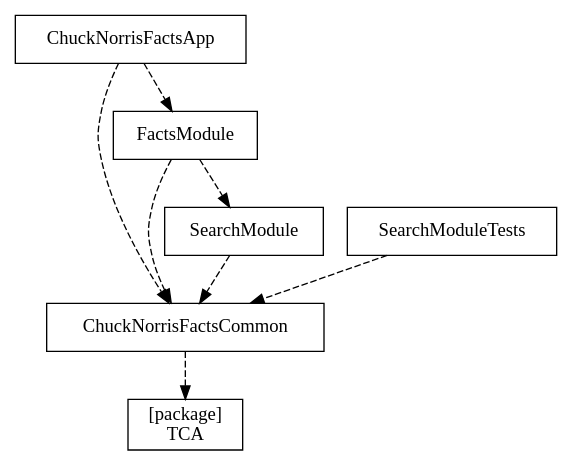
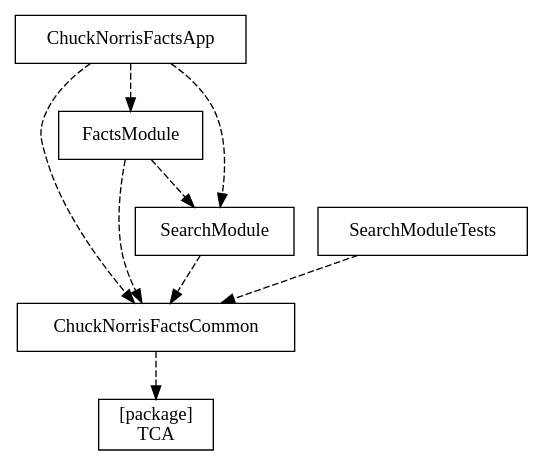
The diagram in Graph.dot (EvandroViva/ChuckNorrisProject), drawn with Graphviz before and after one commit. The commit also changed 7 other files, not shown here.

```diff
--- a/Graph.dot
+++ b/Graph.dot
@@ -1,23 +1,26 @@
 digraph {
   ChuckNorrisFactsApp [shape=box]
   ChuckNorrisFactsCommon [label=ChuckNorrisFactsCommon shape=box]
   ChuckNorrisFactsApp [shape=box]
   FactsModule [label=FactsModule shape=box]
+  ChuckNorrisFactsApp [shape=box]
+  SearchModule [label=SearchModule shape=box]
   ChuckNorrisFactsCommon [shape=box]
   TCA [label="[package]\nTCA" shape=box]
   FactsModule [shape=box]
   SearchModule [label=SearchModule shape=box]
   FactsModule [shape=box]
   ChuckNorrisFactsCommon [label=ChuckNorrisFactsCommon shape=box]
   SearchModule [shape=box]
   ChuckNorrisFactsCommon [label=ChuckNorrisFactsCommon shape=box]
   SearchModuleTests [shape=box]
   ChuckNorrisFactsCommon [label=ChuckNorrisFactsCommon shape=box]
   ChuckNorrisFactsApp -> ChuckNorrisFactsCommon [style=dashed]
   ChuckNorrisFactsApp -> FactsModule [style=dashed]
+  ChuckNorrisFactsApp -> SearchModule [style=dashed]
   ChuckNorrisFactsCommon -> TCA [style=dashed]
   FactsModule -> SearchModule [style=dashed]
   FactsModule -> ChuckNorrisFactsCommon [style=dashed]
   SearchModule -> ChuckNorrisFactsCommon [style=dashed]
   SearchModuleTests -> ChuckNorrisFactsCommon [style=dashed]
 }
```
